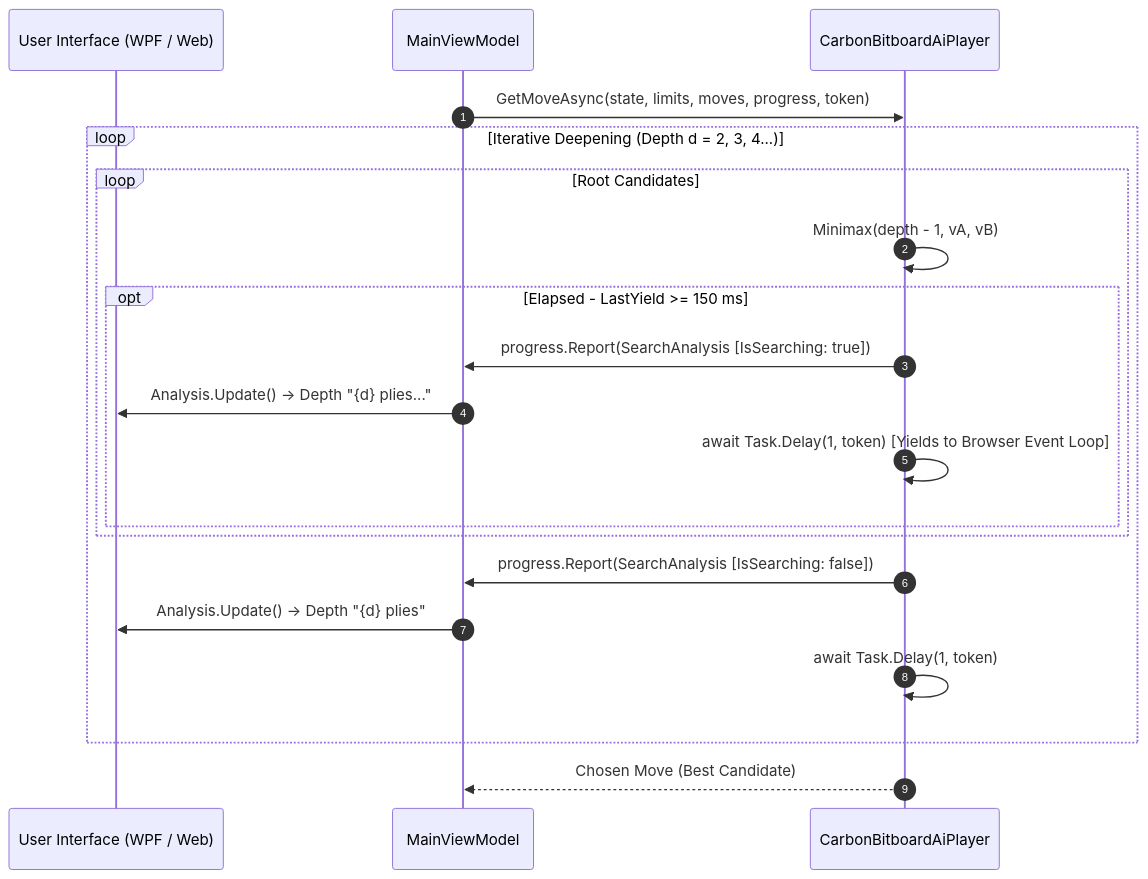
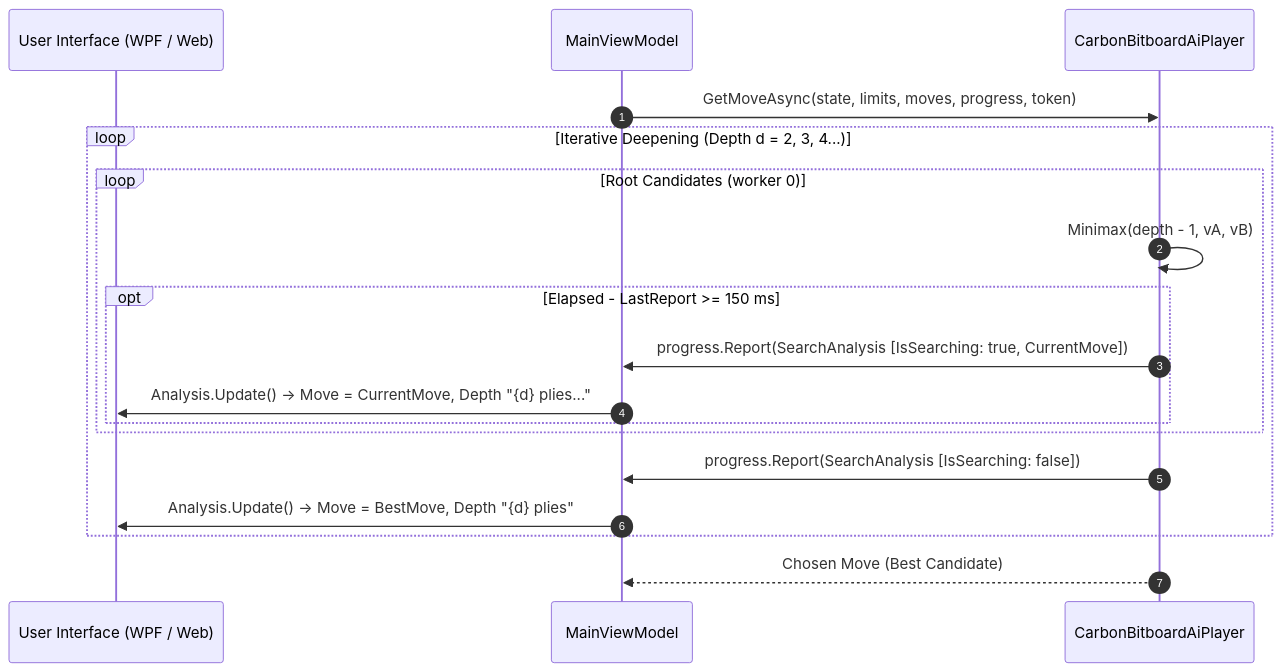
The third of 3 diagrams in docs/brain/08-midgame-search.md (cjp-dev/Gomoku), drawn with Mermaid before and after one commit. The commit also changed other lines of this file and 26 other files, not shown here.

````diff
--- a/docs/brain/08-midgame-search.md
+++ b/docs/brain/08-midgame-search.md
@@ -291,23 +279,21 @@
 ```mermaid
 sequenceDiagram
     autonumber
     participant UI as User Interface (WPF / Web)
     participant VM as MainViewModel
     participant AI as CarbonBitboardAiPlayer
 
     VM->>AI: GetMoveAsync(state, limits, moves, progress, token)
     loop Iterative Deepening (Depth d = 2, 3, 4...)
-        loop Root Candidates
+        loop Root Candidates (worker 0)
             AI->>AI: Minimax(depth - 1, vA, vB)
-            opt Elapsed - LastYield >= 150 ms
-                AI->>VM: progress.Report(SearchAnalysis [IsSearching: true])
-                VM->>UI: Analysis.Update() -> Depth "{d} plies..."
-                AI->>AI: await Task.Delay(1, token) [Yields to Browser Event Loop]
+            opt Elapsed - LastReport >= 150 ms
+                AI->>VM: progress.Report(SearchAnalysis [IsSearching: true, CurrentMove])
+                VM->>UI: Analysis.Update() -> Move = CurrentMove, Depth "{d} plies..."
             end
         end
         AI->>VM: progress.Report(SearchAnalysis [IsSearching: false])
-        VM->>UI: Analysis.Update() -> Depth "{d} plies"
-        AI->>AI: await Task.Delay(1, token)
+        VM->>UI: Analysis.Update() -> Move = BestMove, Depth "{d} plies"
     end
     AI-->>VM: Chosen Move (Best Candidate)
 ```
````
